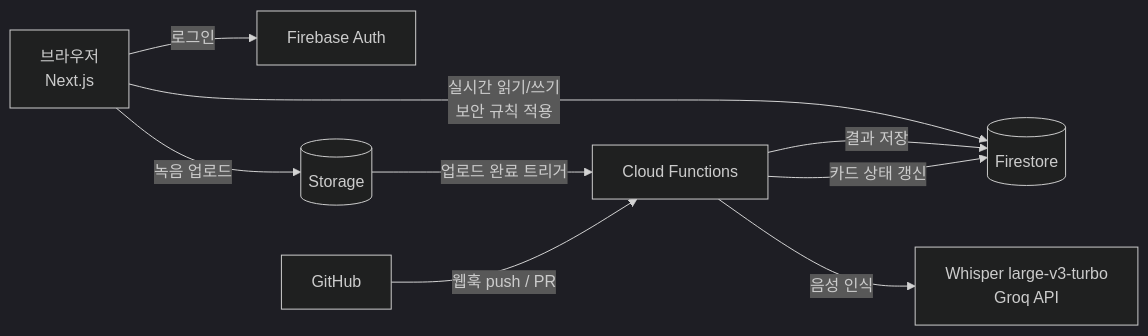
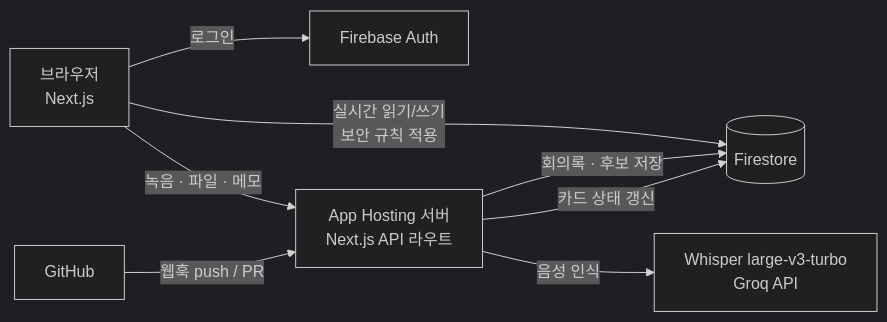
The first of 2 diagrams in docs/FIREBASE.md (GwakSiyun/TeamKit), drawn with Mermaid (dark theme) before and after one commit. The commit also changed other lines of this file and 33 other files, not shown here.

````diff
--- a/docs/FIREBASE.md
+++ b/docs/FIREBASE.md
@@ -17,11 +17,10 @@
 ```mermaid
 flowchart LR
     B[브라우저<br/>Next.js] -->|로그인| AUTH[Firebase Auth]
     B -->|실시간 읽기/쓰기<br/>보안 규칙 적용| FS[(Firestore)]
-    B -->|녹음 업로드| ST[(Storage)]
-    ST -->|업로드 완료 트리거| FN[Cloud Functions]
-    FN -->|음성 인식| STT[Whisper large-v3-turbo<br/>Groq API]
-    FN -->|결과 저장| FS
-    GH[GitHub] -->|웹훅 push / PR| FN
-    FN -->|카드 상태 갱신| FS
+    B -->|녹음 · 파일 · 메모| API[App Hosting 서버<br/>Next.js API 라우트]
+    API -->|음성 인식| STT[Whisper large-v3-turbo<br/>Groq API]
+    API -->|회의록 · 후보 저장| FS
+    GH[GitHub] -->|웹훅 push / PR| API
+    API -->|카드 상태 갱신| FS
 ```
````
